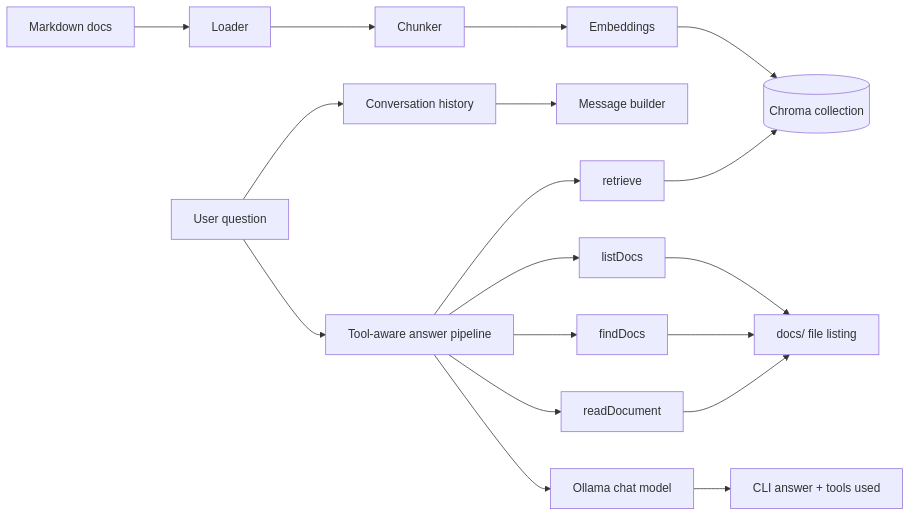
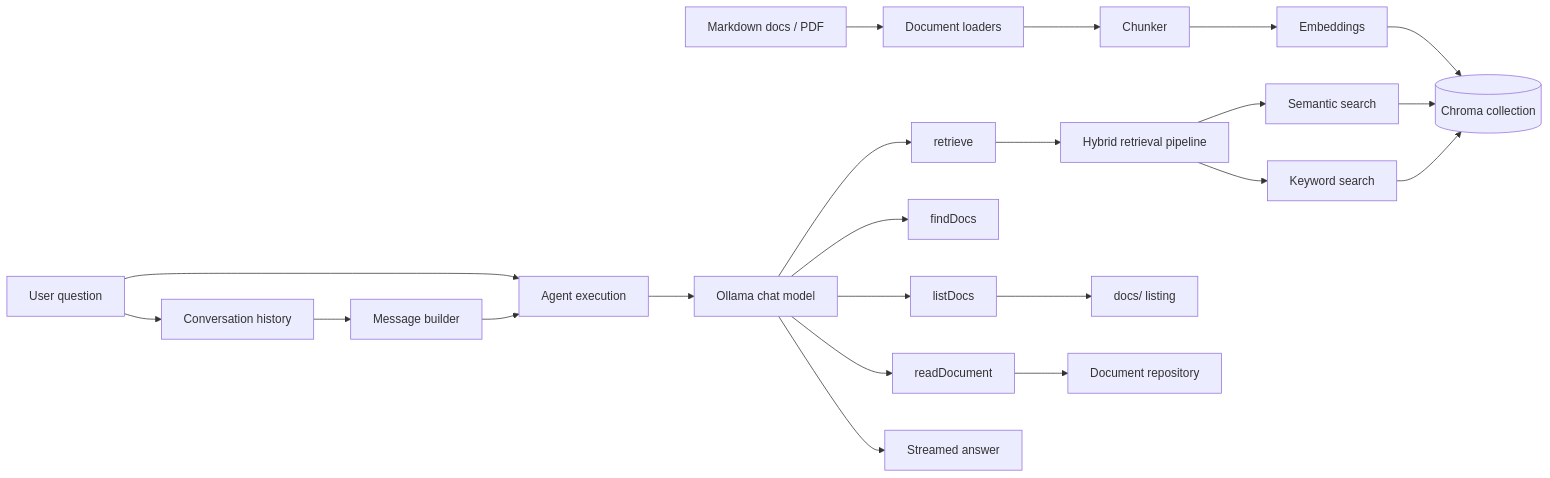
The diagram in README.md (subhamBharadwaz/dev-docs), drawn with Mermaid before and after one commit. The commit also changed other lines of this file and 42 other files, not shown here.

Commit message:
feat(rag): add hybrid retrieval and PDF ingestion workflow

````diff
--- a/README.md
+++ b/README.md
@@ -9,20 +15,25 @@
 ```mermaid
 flowchart LR
-    A[Markdown docs] --> B[Loader]
+    A[Markdown docs / PDF] --> B[Document loaders]
     B --> C[Chunker]
     C --> D[Embeddings]
     D --> E[(Chroma collection)]
+
     Q[User question] --> H[Conversation history]
     H --> M[Message builder]
-    Q --> R[Tool-aware answer pipeline]
-    R --> T1[listDocs]
-    R --> T2[findDocs]
-    R --> T3[readDocument]
-    R --> T4[retrieve]
-    T4 --> E
-    T1 --> F[docs/ file listing]
-    T2 --> F
-    T3 --> F
-    R --> V[Ollama chat model]
-    V --> W[CLI answer + tools used]
+    Q --> P[Agent execution]
+    M --> P
+    P --> LLM[Ollama chat model]
+    LLM --> T1[listDocs]
+    LLM --> T2[findDocs]
+    LLM --> T3[readDocument]
+    LLM --> T4[retrieve]
+    T4 --> R[Hybrid retrieval pipeline]
+    R --> S[Semantic search]
+    R --> K[Keyword search]
+    S --> E
+    K --> E
+    T1 --> F[docs/ listing]
+    T3 --> G[Document repository]
+    LLM --> O[Streamed answer]
 ```
````
